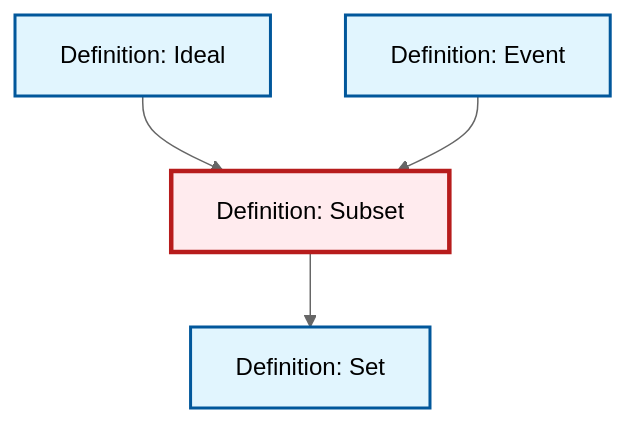
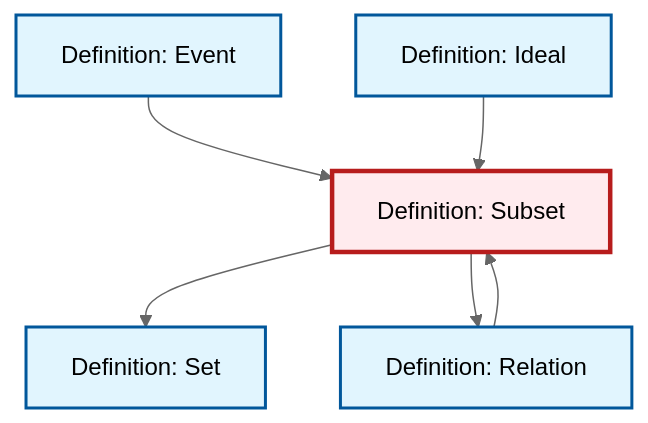
One commit to RK0429/ModernMath changed the diagram in content/en/logic-set-theory/def-subset.qmd. Above: the diagram before and after it, drawn with Mermaid (neutral theme). The commit also changed other lines of this file and 554 other files, not shown here.

````diff
--- a/content/en/logic-set-theory/def-subset.qmd
+++ b/content/en/logic-set-theory/def-subset.qmd
@@ -49,20 +50,24 @@
 ```{mermaid}
 %%| fig-cap: "Local dependency graph"
 graph TD
     classDef definition fill:#e1f5fe,stroke:#01579b,stroke-width:2px
     classDef theorem fill:#f3e5f5,stroke:#4a148c,stroke-width:2px
     classDef axiom fill:#fff3e0,stroke:#e65100,stroke-width:2px
     classDef example fill:#e8f5e9,stroke:#1b5e20,stroke-width:2px
     classDef current fill:#ffebee,stroke:#b71c1c,stroke-width:3px
+    def-event["Definition: Event"]:::definition
     def-ideal["Definition: Ideal"]:::definition
     def-set["Definition: Set"]:::definition
-    def-event["Definition: Event"]:::definition
+    def-relation["Definition: Relation"]:::definition
     def-subset["Definition: Subset"]:::definition
+    def-event --> def-subset
     def-subset --> def-set
+    def-subset --> def-relation
     def-ideal --> def-subset
-    def-event --> def-subset
+    def-relation --> def-subset
     class def-subset current
+    click def-event "def-event.html" "Go to Event definition"
     click def-ideal "def-ideal.html" "Go to Ideal definition"
     click def-set "def-set.html" "Go to Set definition"
-    click def-event "def-event.html" "Go to Event definition"
+    click def-relation "def-relation.html" "Go to Relation definition"
 ```
````
